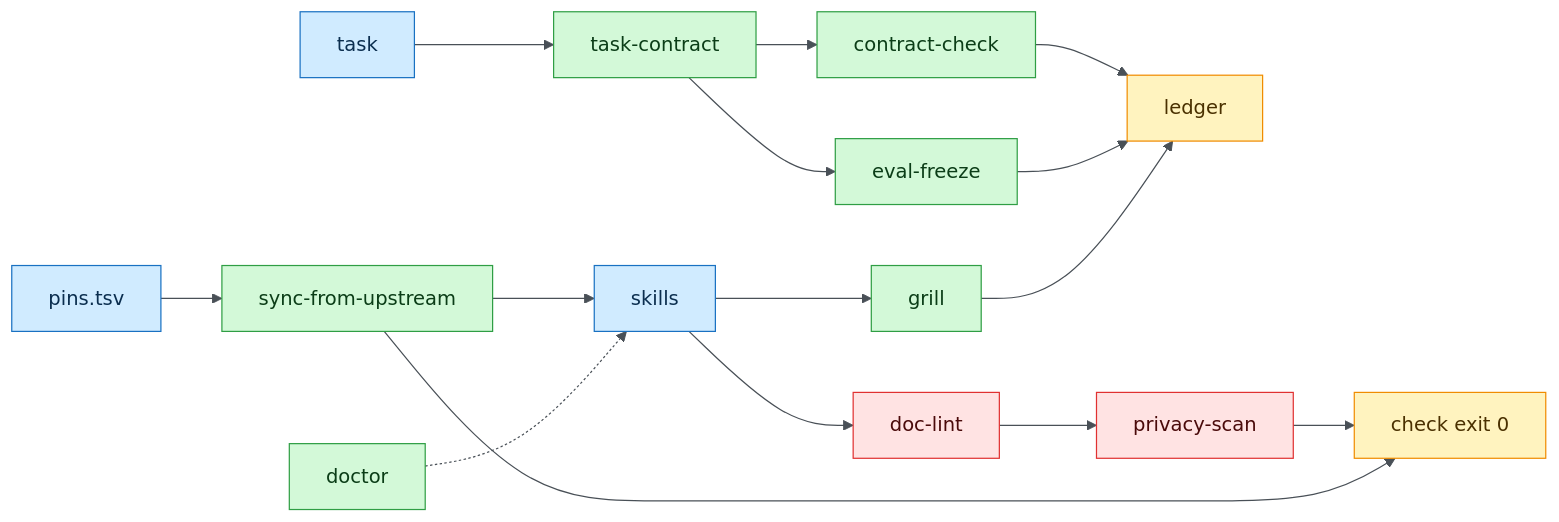
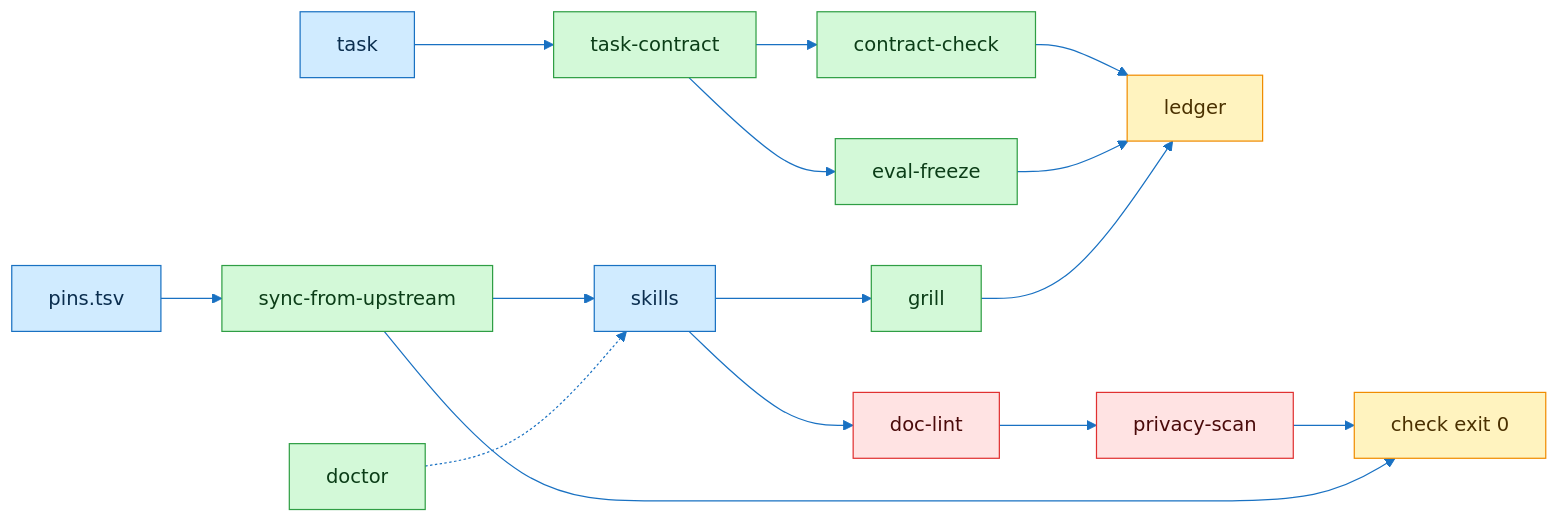
Before and after one commit to thecuriousts/ensembly: the second of 2 diagrams in marketplaces/cursor/flowingstack/docs/flow.md, drawn with Mermaid. The commit also changed other lines of this file and 27 other files, not shown here.

Commit message:
diagrams green: flow, states, skill graph, connections, sequence, install, harness pages with rendered SVGs; render-diagrams; doc-lint accepts Pele-supported mermaid kinds first

````diff
--- a/marketplaces/cursor/flowingstack/docs/flow.md
+++ b/marketplaces/cursor/flowingstack/docs/flow.md
@@ -23,19 +46,19 @@
 ```mermaid
-%%{init: {"theme": "base", "themeVariables": {"lineColor": "#495057", "fontFamily": "Inter"}}}%%
+%%{init: {"theme": "base", "themeVariables": {"primaryColor": "#fff3bf", "primaryBorderColor": "#f08c00", "primaryTextColor": "#4a3000", "secondaryColor": "#d0ebff", "tertiaryColor": "#d3f9d8", "lineColor": "#1971c2", "fontFamily": "Inter"}}}%%
 flowchart LR
   pin["pins.tsv"] --> sync["sync-from-upstream"] --> sk["skills"]
   task["task"] --> tc["task-contract"] --> cc["contract-check"] --> led["ledger"]
   tc --> ef["eval-freeze"] --> led
   sk --> gr["grill"] --> led
   sk --> dl["doc-lint"] --> ps["privacy-scan"] --> ck["check exit 0"]
   sync --> ck
   dr["doctor"] -.-> sk
   classDef src fill:#d0ebff,stroke:#1971c2,color:#0b2e4f
   classDef run fill:#d3f9d8,stroke:#2f9e44,color:#0b3d17
   classDef stop fill:#ffe3e3,stroke:#e03131,color:#4a0a0a
   classDef out fill:#fff3bf,stroke:#f08c00,color:#4a3000
   class pin,sk,task src
   class sync,tc,cc,ef,gr,dr run
   class dl,ps stop
   class led,ck out
 ```
````
